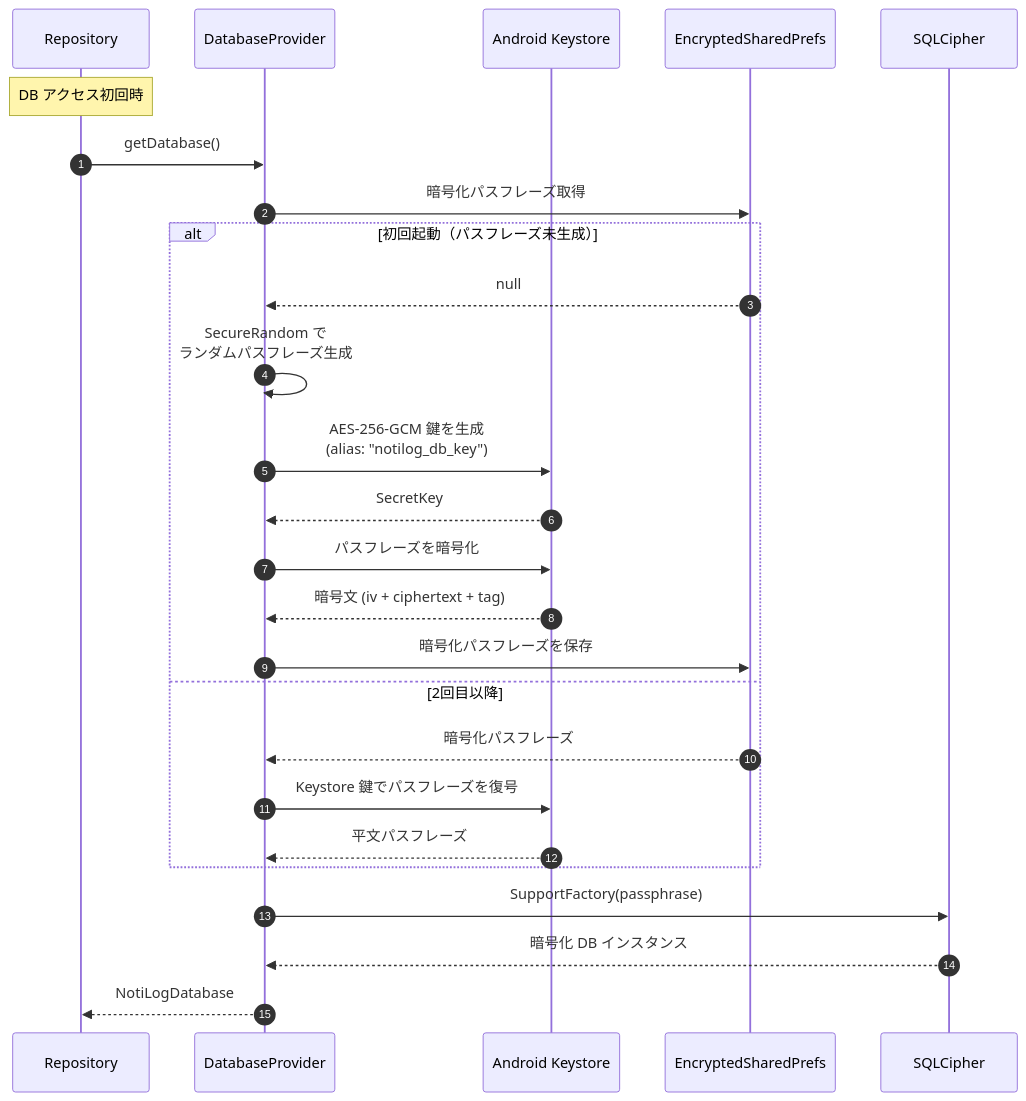
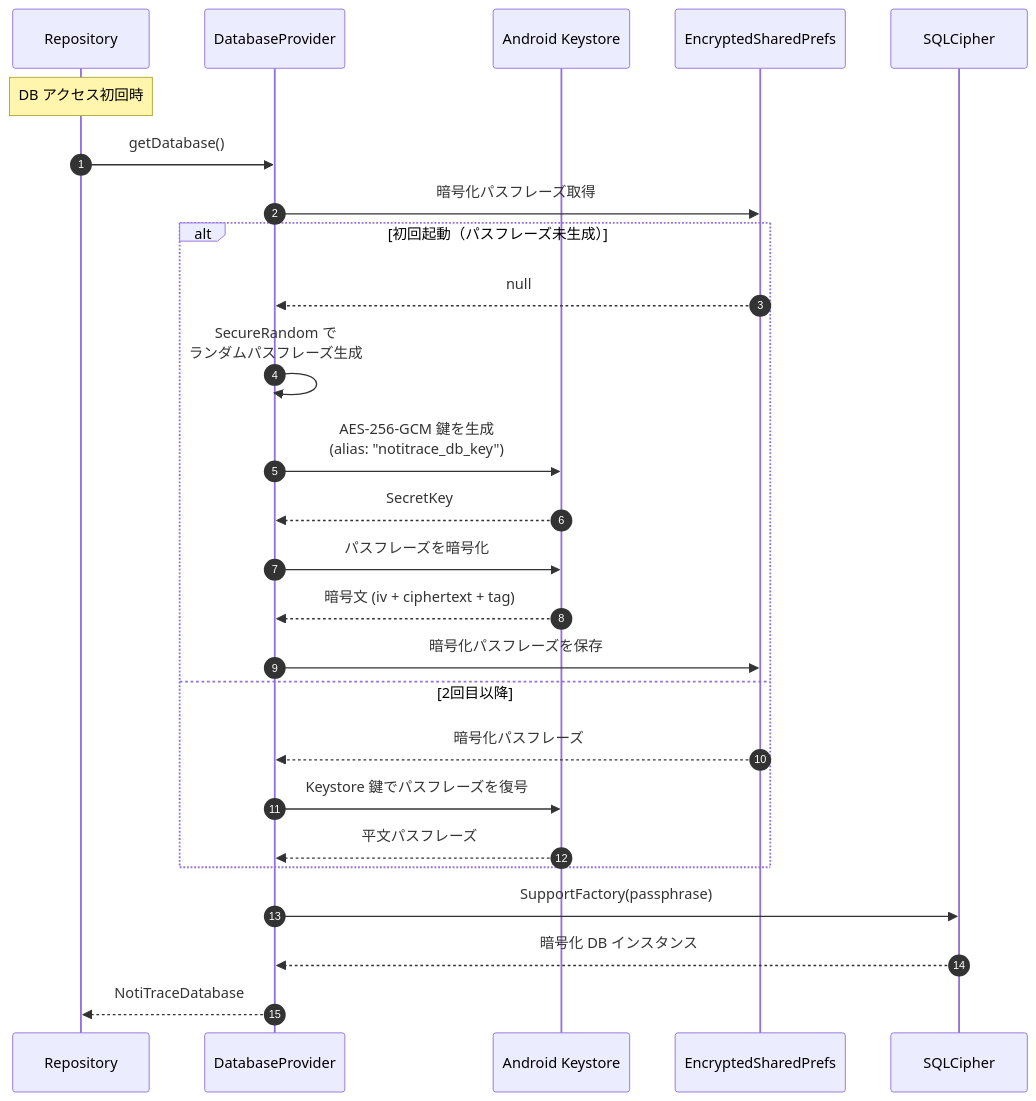
Before and after one commit to nakasho-dev/NotiLog: the second of 2 diagrams in docs/sequence-notification-capture.md, drawn with Mermaid. The commit also changed other lines of this file and 146 other files, not shown here.

Commit message:
rename NotiLog to NotiTrace and update related package names and resources

````diff
--- a/docs/sequence-notification-capture.md
+++ b/docs/sequence-notification-capture.md
@@ -193,33 +193,33 @@
 ```mermaid
 sequenceDiagram
     autonumber
     participant REPO as Repository
     participant DP as DatabaseProvider
     participant KS as Android Keystore
     participant SP as EncryptedSharedPrefs
     participant SC as SQLCipher
 
     Note over REPO: DB アクセス初回時
 
     REPO->>DP: getDatabase()
 
     DP->>SP: 暗号化パスフレーズ取得
 
     alt 初回起動（パスフレーズ未生成）
         SP-->>DP: null
         DP->>DP: SecureRandom で<br/>ランダムパスフレーズ生成
-        DP->>KS: AES-256-GCM 鍵を生成<br/>(alias: "notilog_db_key")
+        DP->>KS: AES-256-GCM 鍵を生成<br/>(alias: "notitrace_db_key")
         KS-->>DP: SecretKey
         DP->>KS: パスフレーズを暗号化
         KS-->>DP: 暗号文 (iv + ciphertext + tag)
         DP->>SP: 暗号化パスフレーズを保存
     else 2回目以降
         SP-->>DP: 暗号化パスフレーズ
         DP->>KS: Keystore 鍵でパスフレーズを復号
         KS-->>DP: 平文パスフレーズ
     end
 
     DP->>SC: SupportFactory(passphrase)
     SC-->>DP: 暗号化 DB インスタンス
-    DP-->>REPO: NotiLogDatabase
+    DP-->>REPO: NotiTraceDatabase
 ```
````
